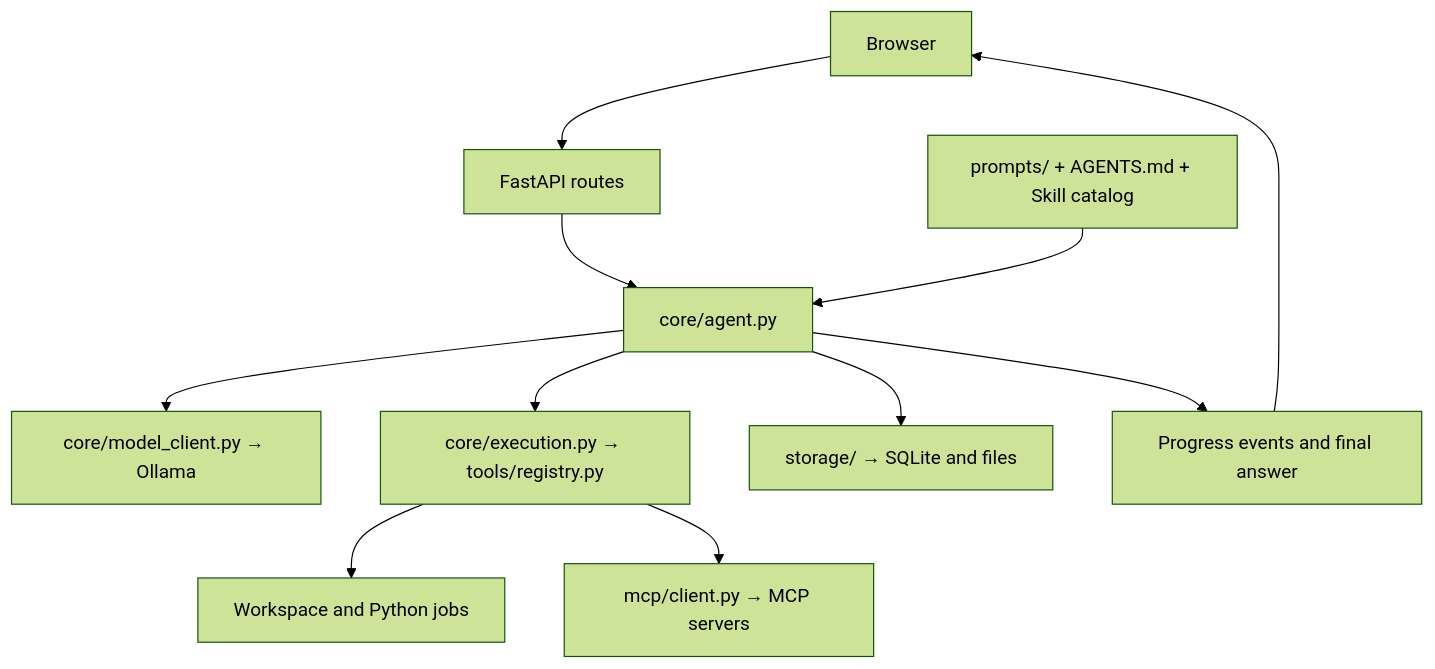
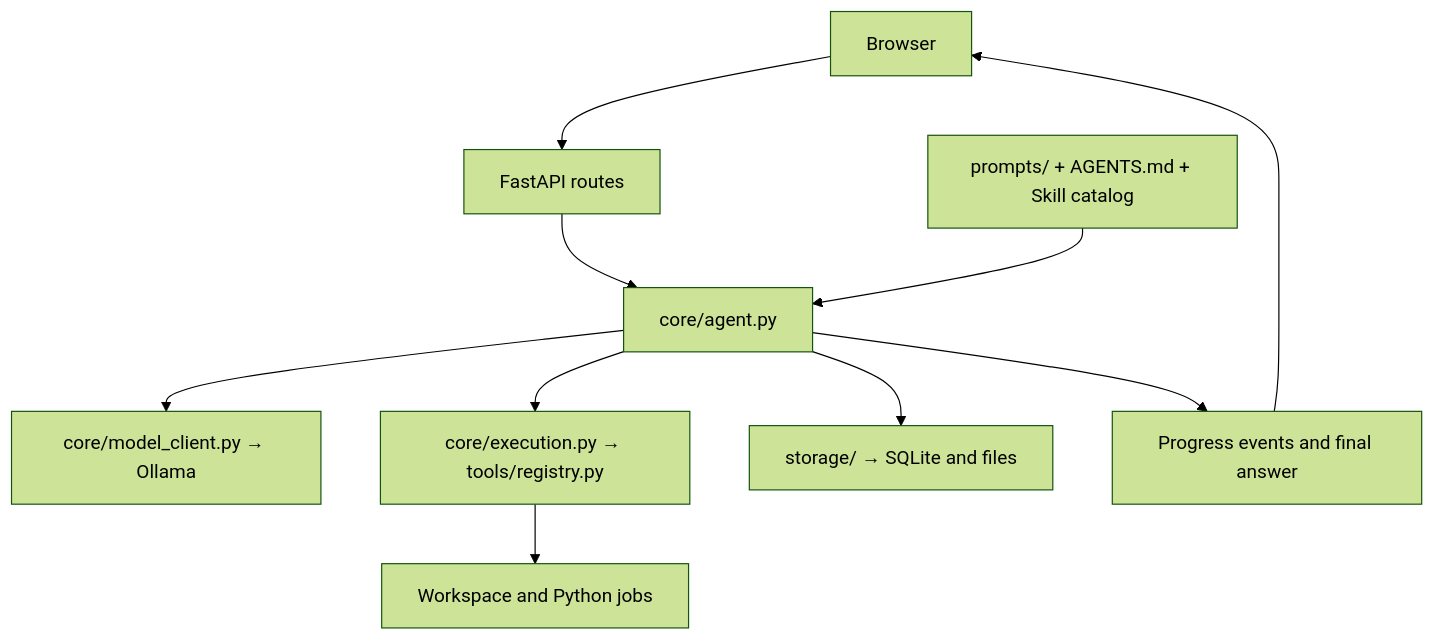
Before and after one commit to NONAME0924/simple-agent-train: the diagram in docs/architecture.en.md, drawn with Mermaid (forest theme). The commit also changed other lines of this file and 61 other files, not shown here.

````diff
--- a/docs/architecture.en.md
+++ b/docs/architecture.en.md
@@ -7,13 +7,12 @@
 ```mermaid
 flowchart TD
   UI[Browser] --> API[FastAPI routes]
   API --> Agent[core/agent.py]
   Agent --> Model[core/model_client.py → Ollama]
   Agent --> Tools[core/execution.py → tools/registry.py]
   Tools --> Workspace[Workspace and Python jobs]
-  Tools --> MCP[mcp/client.py → MCP servers]
   Agent --> Storage[storage/ → SQLite and files]
   Prompts[prompts/ + AGENTS.md + Skill catalog] --> Agent
   Agent --> Events[Progress events and final answer]
   Events --> UI
 ```
````
